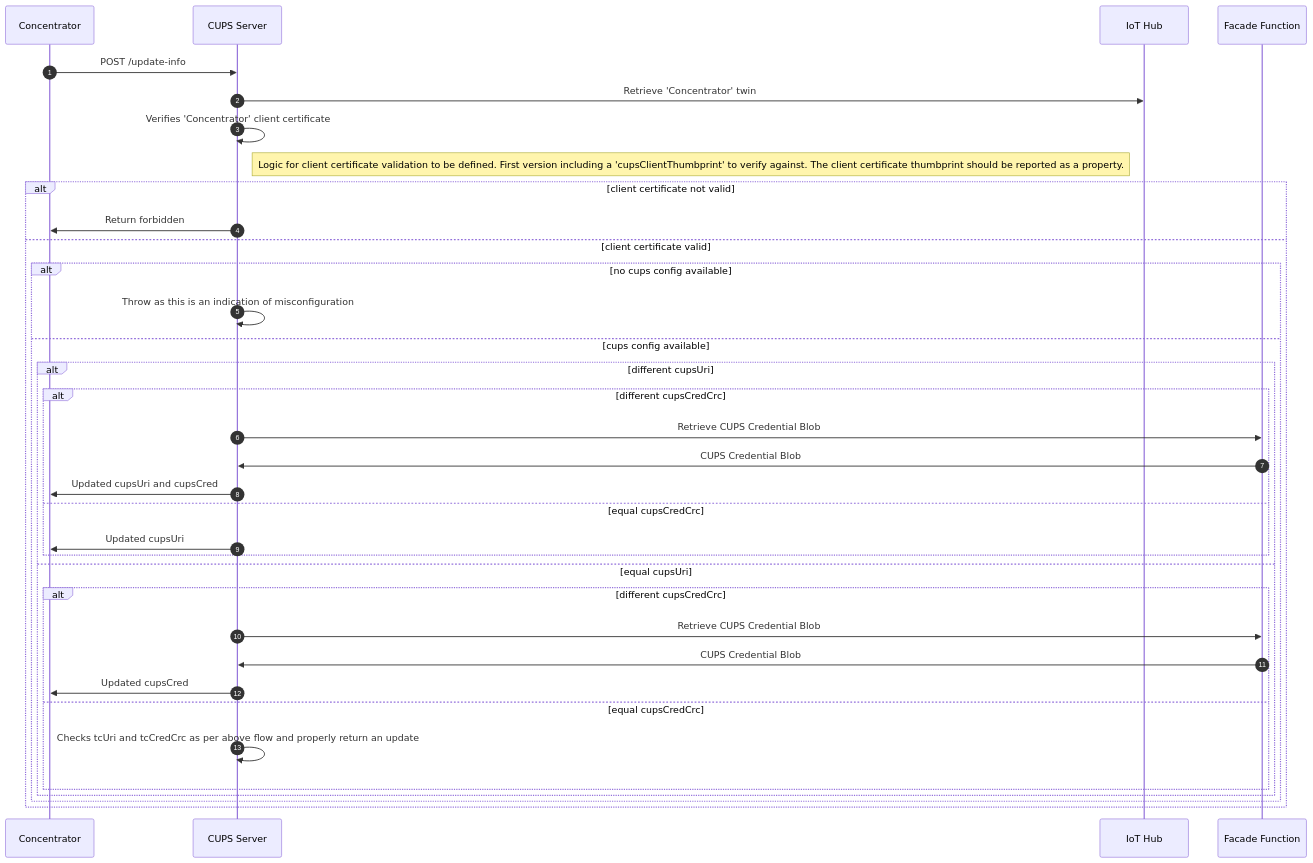
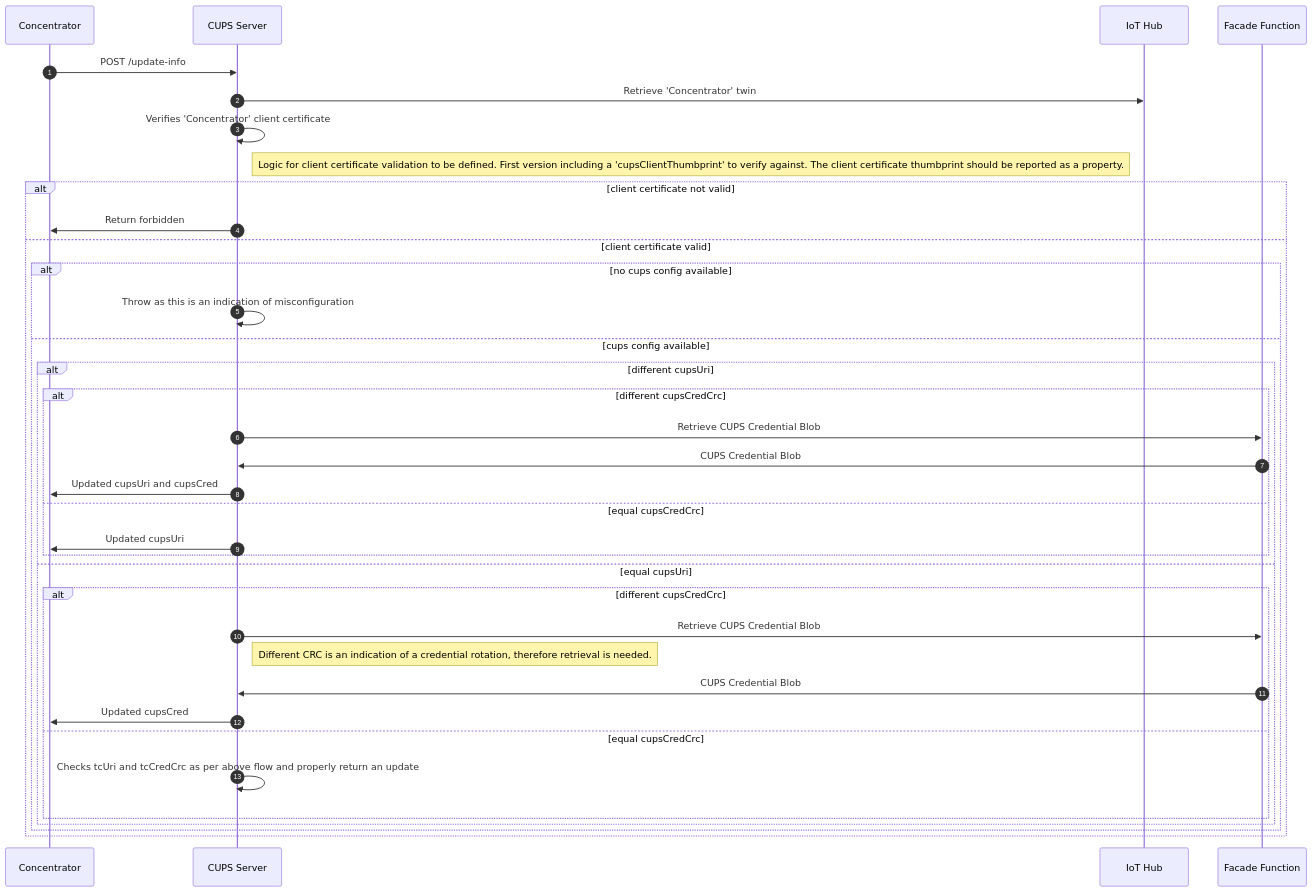
The first of 2 diagrams in docs/adr/006_cups.md (Azure/iotedge-lorawan-starterkit), drawn with Mermaid before and after one commit.

Commit message:
Adding note

````diff
--- a/docs/adr/006_cups.md
+++ b/docs/adr/006_cups.md
@@ -146,33 +146,34 @@
 ```mermaid
   sequenceDiagram
     autonumber
     Concentrator->>CUPS Server: POST /update-info
     CUPS Server->>IoT Hub: Retrieve 'Concentrator' twin
     CUPS Server->>CUPS Server: Verifies 'Concentrator' client certificate
     Note right of CUPS Server: Logic for client certificate validation to be defined. First version including a 'cupsClientThumbprint' to verify against. The client certificate thumbprint should be reported as a property.
     alt client certificate not valid
         CUPS Server->>Concentrator: Return forbidden
     else client certificate valid
         alt no cups config available
             CUPS Server->>CUPS Server: Throw as this is an indication of misconfiguration
         else cups config available
             alt different cupsUri
                 alt different cupsCredCrc
                     CUPS Server->>Facade Function: Retrieve CUPS Credential Blob
                     Facade Function->>CUPS Server: CUPS Credential Blob
                     CUPS Server->>Concentrator: Updated cupsUri and cupsCred
                 else equal cupsCredCrc
                     CUPS Server->>Concentrator: Updated cupsUri
                 end
             else equal cupsUri
                 alt different cupsCredCrc
                     CUPS Server->>Facade Function: Retrieve CUPS Credential Blob
+                    Note right of CUPS Server: Different CRC is an indication of a credential rotation, therefore retrieval is needed.
                     Facade Function->>CUPS Server: CUPS Credential Blob
                     CUPS Server->>Concentrator: Updated cupsCred
                 else equal cupsCredCrc
                     CUPS Server->>CUPS Server: Checks tcUri and tcCredCrc as per above flow and properly return an update
                 end
             end
         end
     end
 ```
````
